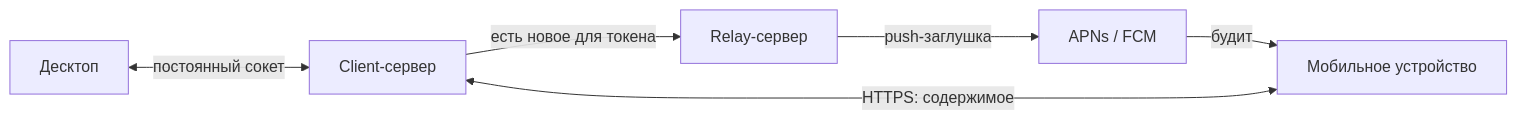
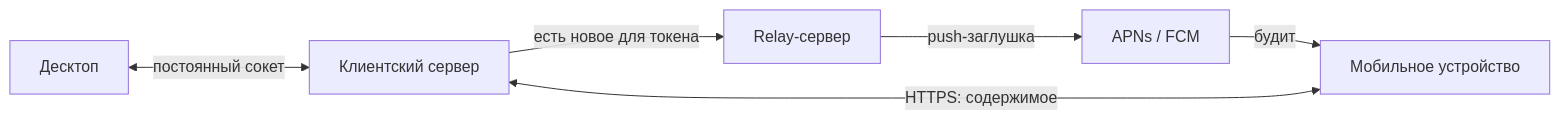
The first of 2 diagrams in docs/client-backend/preview/notification-delivery/notification-delivery-preview.md (cyphernet-labs/nox-app), drawn with Mermaid before and after one commit. The commit also changed other lines of this file and 104 other files, not shown here.

````diff
--- a/docs/client-backend/preview/notification-delivery/notification-delivery-preview.md
+++ b/docs/client-backend/preview/notification-delivery/notification-delivery-preview.md
@@ -31,8 +31,8 @@
 ```mermaid
 flowchart LR
-  CB["Client-сервер"] -->|"есть новое для токена"| RELAY["Relay-сервер"]
+  CB["Клиентский сервер"] -->|"есть новое для токена"| RELAY["Relay-сервер"]
   RELAY -->|"push-заглушка"| APNS["APNs / FCM"]
   APNS -->|"будит"| DEV["Мобильное устройство"]
   DEV <-->|"HTTPS: содержимое"| CB
   DESK["Десктоп"] <-->|"постоянный сокет"| CB
 ```
````
